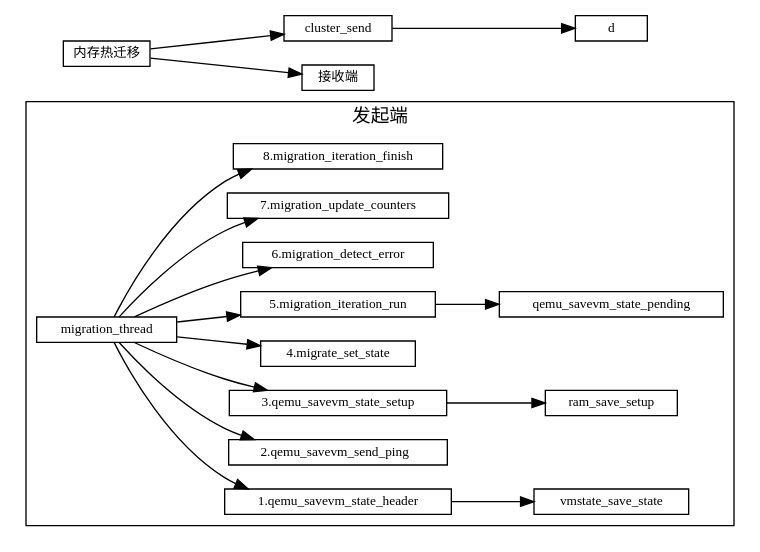
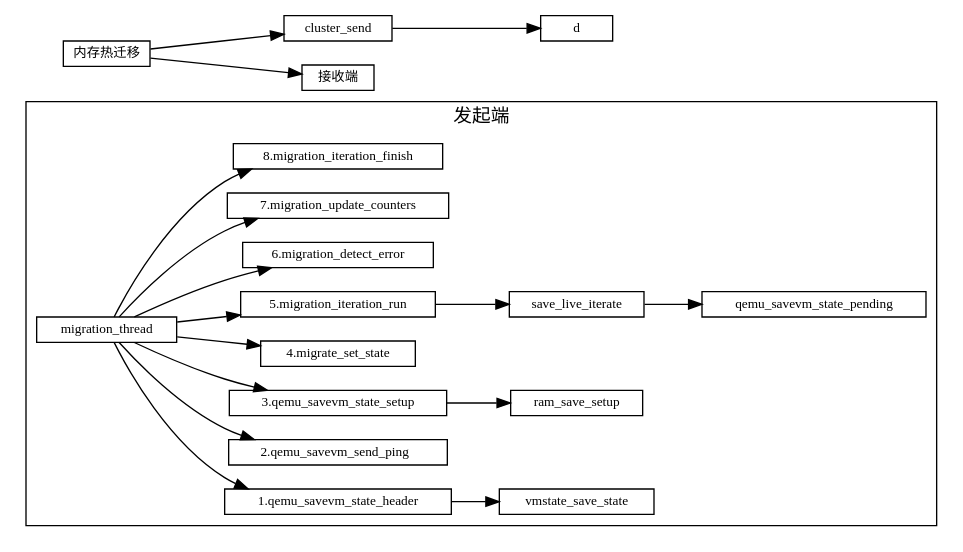
One commit to sisyphus1212/note changed the diagram in 虚拟化/热迁移/1-内存热迁移.md. Above: the diagram before and after it, drawn with Graphviz.

Commit message:
auto_update

````diff
--- a/虚拟化/热迁移/1-内存热迁移.md
+++ b/虚拟化/热迁移/1-内存热迁移.md
@@ -11,34 +11,35 @@
 ```graphviz
 digraph 热迁移 {
 fontname="Helvetica,Arial,sans-serif"
 //node [fontname="Helvetica,Arial,sans-serif"]
 //edge [fontname="Helvetica,Arial,sans-serif"]
 rankdir="LR"
 node [fontsize=10, shape=box, height=0.25]
 edge [fontsize=10]
 
   subgraph send {
     cluster=true;
     label="发起端";
     migration_thread -> "1.qemu_savevm_state_header"
                      -> vmstate_save_state;
     migration_thread -> "2.qemu_savevm_send_ping  ";
     migration_thread -> "3.qemu_savevm_state_setup"
                      ->   ram_save_setup;
     migration_thread ->  "4.migrate_set_state";
     migration_thread ->  "5.migration_iteration_run"
+                     ->  save_live_iterate
                      ->  "qemu_savevm_state_pending";
     migration_thread ->  "6.migration_detect_error";
     migration_thread ->  "7.migration_update_counters";
     migration_thread ->  "8.migration_iteration_finish";
 
 
   }
 
 内存热迁移 [label="内存热迁移"]
 内存热迁移 -> cluster_send
            -> d
 
 内存热迁移 -> 接收端
 }
 ```
````
